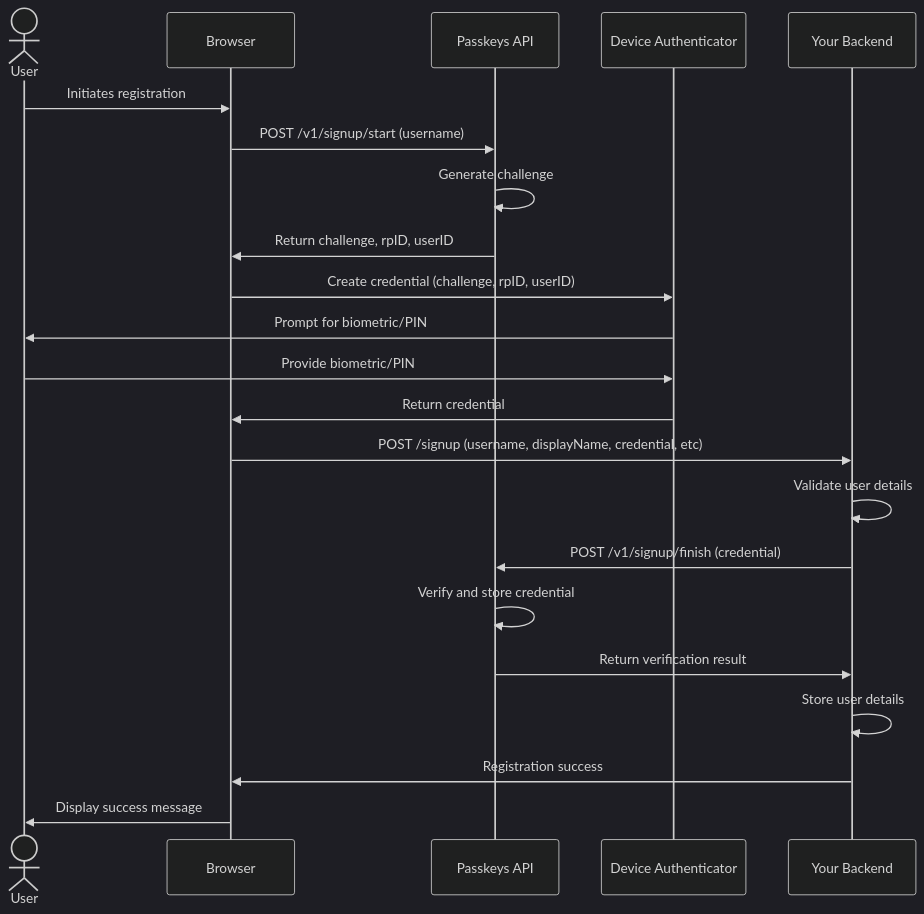
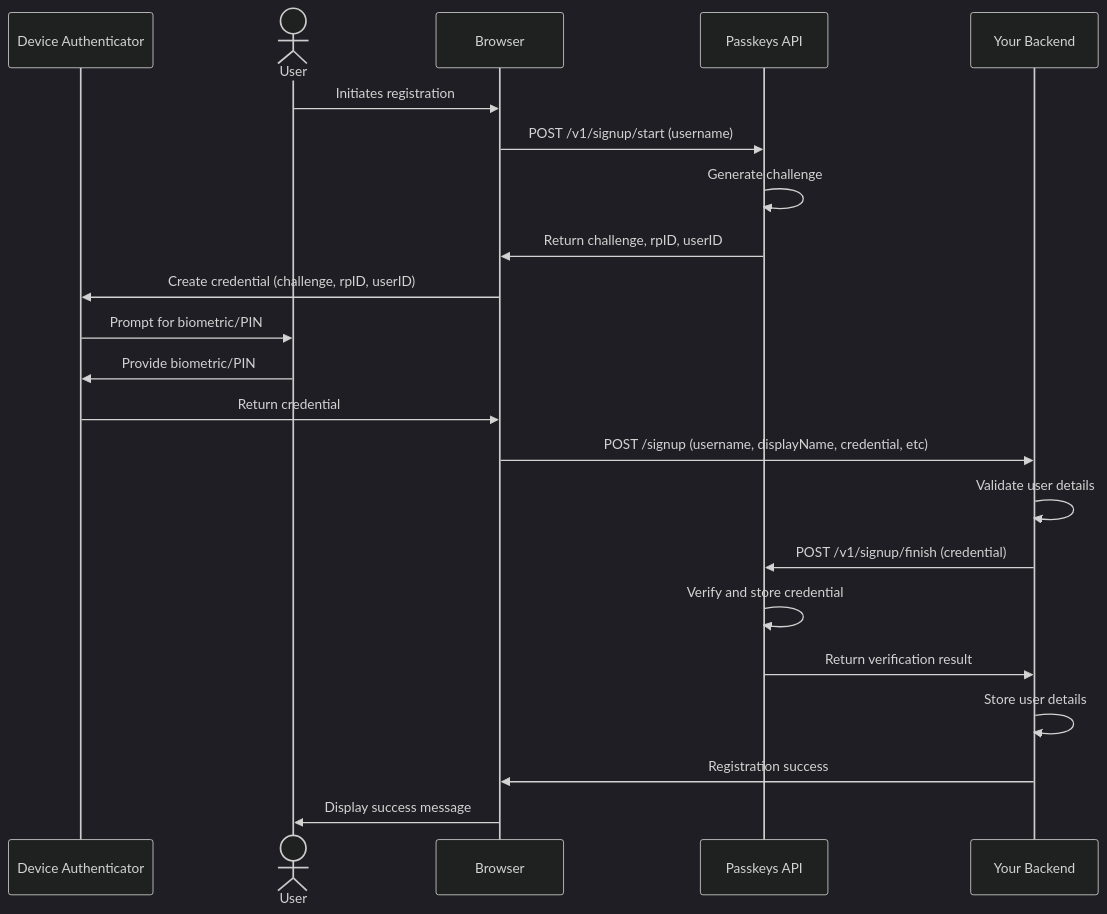
Before and after one commit to helioauth/passkeys-api: the diagram in docs/signup-diagram.mmd, drawn with Mermaid (dark theme). The commit also changed other lines of this file and 1 other file, not shown here.

Commit message:
Fix participant order in signup and signin diagrams

```diff
--- a/docs/signup-diagram.mmd
+++ b/docs/signup-diagram.mmd
@@ -1,23 +1,23 @@
 sequenceDiagram
+    participant Authenticator as Device Authenticator
     actor User
     participant Browser
     participant PasskeyAPI as Passkeys API
-    participant Authenticator as Device Authenticator
     participant Backend as Your Backend
 
     User->>Browser: Initiates registration
     Browser->>PasskeyAPI: POST /v1/signup/start (username)
     PasskeyAPI->>PasskeyAPI: Generate challenge
     PasskeyAPI->>Browser: Return challenge, rpID, userID
     Browser->>Authenticator: Create credential (challenge, rpID, userID)
     Authenticator->>User: Prompt for biometric/PIN
     User->>Authenticator: Provide biometric/PIN
     Authenticator->>Browser: Return credential
     Browser->>Backend: POST /signup (username, displayName, credential, etc)
     Backend->>Backend: Validate user details
     Backend->>PasskeyAPI: POST /v1/signup/finish (credential)
     PasskeyAPI->>PasskeyAPI: Verify and store credential
     PasskeyAPI->>Backend: Return verification result
     Backend->>Backend: Store user details
     Backend->>Browser: Registration success
     Browser->>User: Display success message
```
